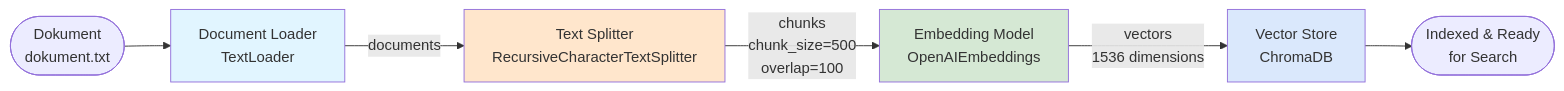
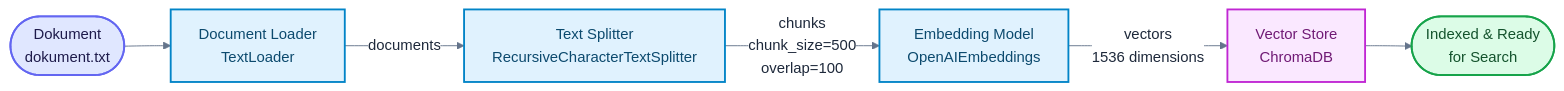
One commit to ralf-42/GenAI changed the second of 4 diagrams in docs/06-frameworks/einsteiger-chromadb.md. Above: the diagram before and after it, drawn with Mermaid. The commit also changed other lines of this file and 25 other files, not shown here.

````diff
--- a/docs/06-frameworks/einsteiger-chromadb.md
+++ b/docs/06-frameworks/einsteiger-chromadb.md
@@ -319,20 +340,41 @@
 ```mermaid
+---
+config:
+  theme: base
+  look: classic
+  themeVariables:
+    primaryColor: '#e0f2fe'
+    primaryBorderColor: '#0284c7'
+    primaryTextColor: '#1e293b'
+    lineColor: '#64748b'
+    clusterBkg: '#f8fafc'
+    clusterBorder: '#cbd5e1'
+    noteBkgColor: '#fef3c7'
+    noteBorderColor: '#d97706'
+    noteTextColor: '#78350f'
+    edgeLabelBackground: '#ffffff'
+---
+
 flowchart LR
     START([Dokument<br/>dokument.txt])
     LOAD[Document Loader<br/>TextLoader]
     SPLIT[Text Splitter<br/>RecursiveCharacterTextSplitter]
     EMBED[Embedding Model<br/>OpenAIEmbeddings]
     STORE[Vector Store<br/>ChromaDB]
     END([Indexed & Ready<br/>for Search])
 
     START --> LOAD
     LOAD -->|documents| SPLIT
     SPLIT -->|chunks<br/>chunk_size=500<br/>overlap=100| EMBED
     EMBED -->|vectors<br/>1536 dimensions| STORE
     STORE --> END
 
-    style LOAD fill:#e1f5ff
-    style SPLIT fill:#ffe6cc
-    style EMBED fill:#d5e8d4
-    style STORE fill:#dae8fc
+%% Funktionsfarben nach Mermaid_Best_Practices.md
+classDef default fill:#e0f2fe,stroke:#0284c7,stroke-width:2px,color:#0c4a6e;
+classDef input fill:#e0e7ff,stroke:#6366f1,stroke-width:2px,color:#1e1b4b;
+classDef output fill:#dcfce7,stroke:#16a34a,stroke-width:2px,color:#14532d;
+classDef target fill:#fae8ff,stroke:#c026d3,stroke-width:2px,color:#701a75;
+class START input;
+class END output;
+class STORE target;
 ```
````
